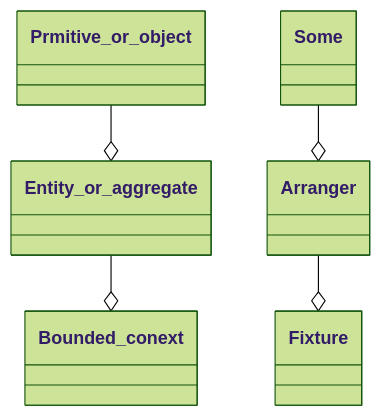
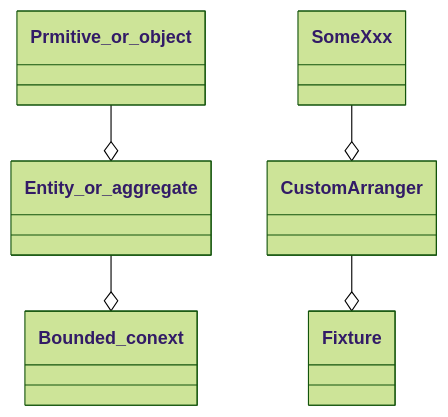
Before and after one commit to ocadotechnology/test-arranger: the diagram in README.md, drawn with Mermaid (forest theme). The commit also changed other lines of this file and 10 other files, not shown here.

Commit message:
GEM-1491 readme - how to organize tests with Test Arranger someText version with explicit string length NLP fix in CustomArranger.instance() MarkovChain support for sequence of words

````diff
--- a/README.md
+++ b/README.md
@@ -204,7 +215,7 @@
 ```mermaid
 classDiagram
   Prmitive_or_object --o Entity_or_aggregate
   Entity_or_aggregate --o Bounded_conext
-  Some --o Arranger
-  Arranger --o Fixture
+  SomeXxx --o CustomArranger
+  CustomArranger --o Fixture
 ```
````
